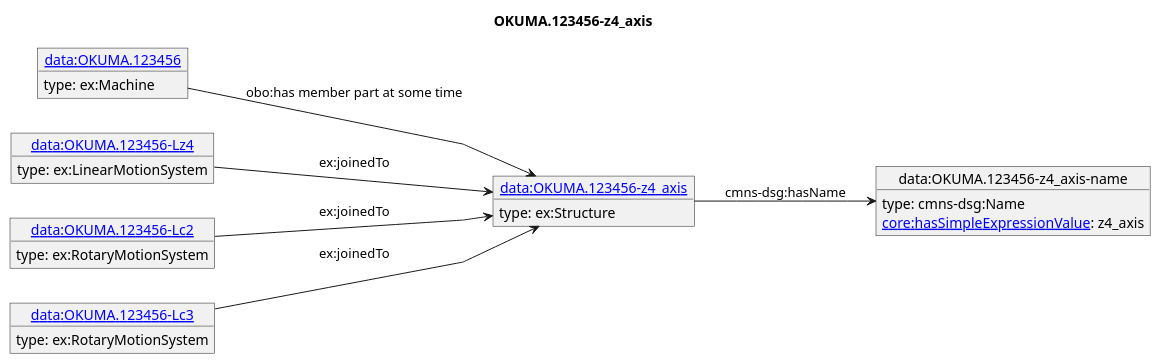
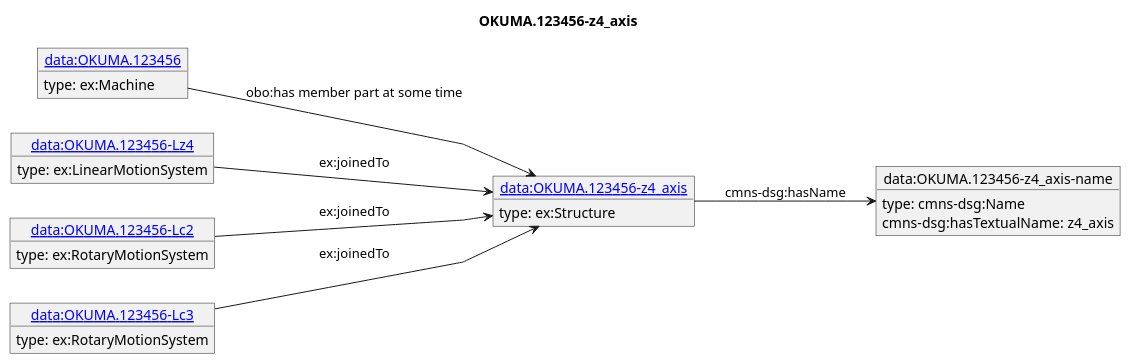
One commit to iofoundry/example-syseng-mtconnect changed the diagram in diagrams/OKUMA.123456-z4_axis.puml. Above: the diagram before and after it, drawn with PlantUML. The commit also changed 144 other files, not shown here.

Commit message:
Switched to omg commons hasTextualName since it does not require a value expression as the domain.

```diff
--- a/diagrams/OKUMA.123456-z4_axis.puml
+++ b/diagrams/OKUMA.123456-z4_axis.puml
@@ -1,29 +1,29 @@
 @startuml
 skinparam linetype polyline
 left to right direction
 title OKUMA.123456-z4_axis
 object "[[./OKUMA.123456-z4_axis.html data:OKUMA.123456-z4_axis]]" as o1 {
  type: ex:Structure 
 }
 object "data:OKUMA.123456-z4_axis-name" as o2 {
  type: cmns-dsg:Name 
 }
 object "[[./OKUMA.123456.html data:OKUMA.123456]]" as o3 {
  type: ex:Machine 
 }
 object "[[./OKUMA.123456-Lz4.html data:OKUMA.123456-Lz4]]" as o4 {
  type: ex:LinearMotionSystem 
 }
 object "[[./OKUMA.123456-Lc2.html data:OKUMA.123456-Lc2]]" as o5 {
  type: ex:RotaryMotionSystem 
 }
 object "[[./OKUMA.123456-Lc3.html data:OKUMA.123456-Lc3]]" as o6 {
  type: ex:RotaryMotionSystem 
 }
 o1 --> o2 : cmns-dsg:hasName
-o2 : [[https://spec.industrialontologies.org/ontology/core/Core/hasSimpleExpressionValue core:hasSimpleExpressionValue]]: z4_axis
+o2 : cmns-dsg:hasTextualName: z4_axis
 o3 --> o1 : obo:has member part at some time
 o4 --> o1 : ex:joinedTo
 o5 --> o1 : ex:joinedTo
 o6 --> o1 : ex:joinedTo
 @enduml
```
